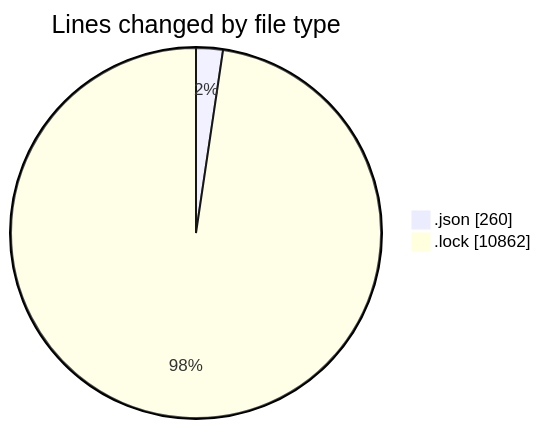
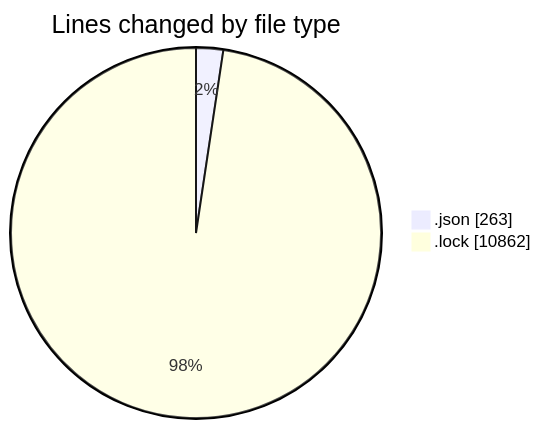
The first of 2 diagrams in 2026-05-18/cda/README.md (momahboobian/code-tracking), drawn with Mermaid before and after one commit. The commit also changed other lines of this file and 1 other file, not shown here.

````diff
--- a/2026-05-18/cda/README.md
+++ b/2026-05-18/cda/README.md
@@ -22,6 +22,6 @@
 ```mermaid
 pie showData
 title Lines changed by file type
-".json" : 260
+".json" : 263
 ".lock" : 10862
 ```
````
